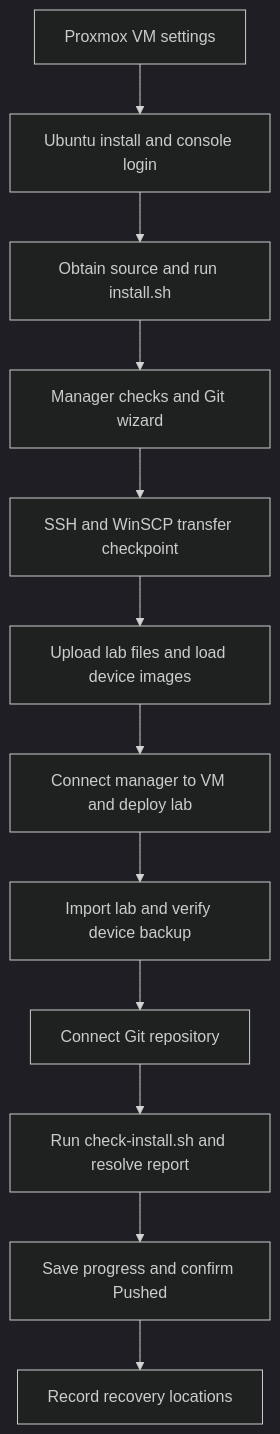
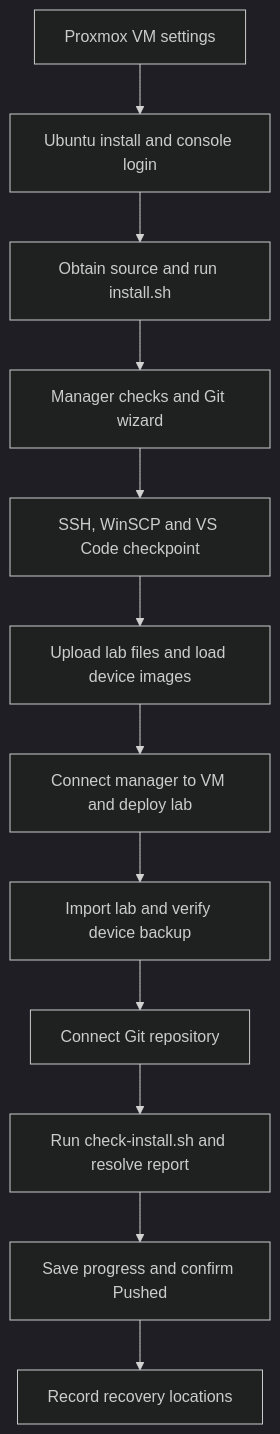
Before and after one commit to ArchRuger/CLAB-BACKUP-WORKER-v2: the diagram in FRESH-VM-GUIDE-V2.md, drawn with Mermaid (dark theme). The commit also changed other lines of this file and 4 other files, not shown here.

First line of the commit message:
Add paste-in fixes for VM clock, WinSCP root SFTP and VS Code access

````diff
--- a/FRESH-VM-GUIDE-V2.md
+++ b/FRESH-VM-GUIDE-V2.md
@@ -45,14 +61,14 @@
 ```mermaid
 flowchart TD
     A[Proxmox VM settings] --> B[Ubuntu install and console login]
     B --> C[Obtain source and run install.sh]
     C --> D[Manager checks and Git wizard]
-    D --> E[SSH and WinSCP transfer checkpoint]
+    D --> E[SSH, WinSCP and VS Code checkpoint]
     E --> F[Upload lab files and load device images]
     F --> G[Connect manager to VM and deploy lab]
     G --> H[Import lab and verify device backup]
     H --> I[Connect Git repository]
     I --> J[Run check-install.sh and resolve report]
     J --> K[Save progress and confirm Pushed]
     K --> L[Record recovery locations]
 ```
````
